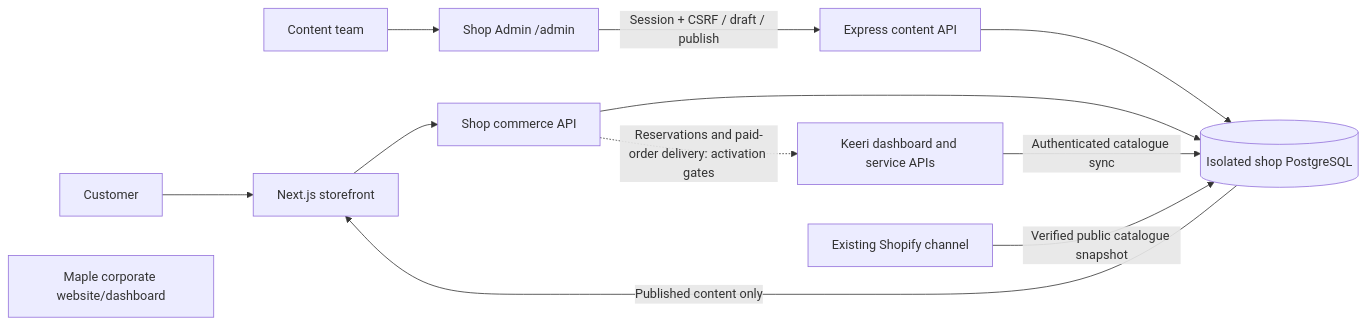
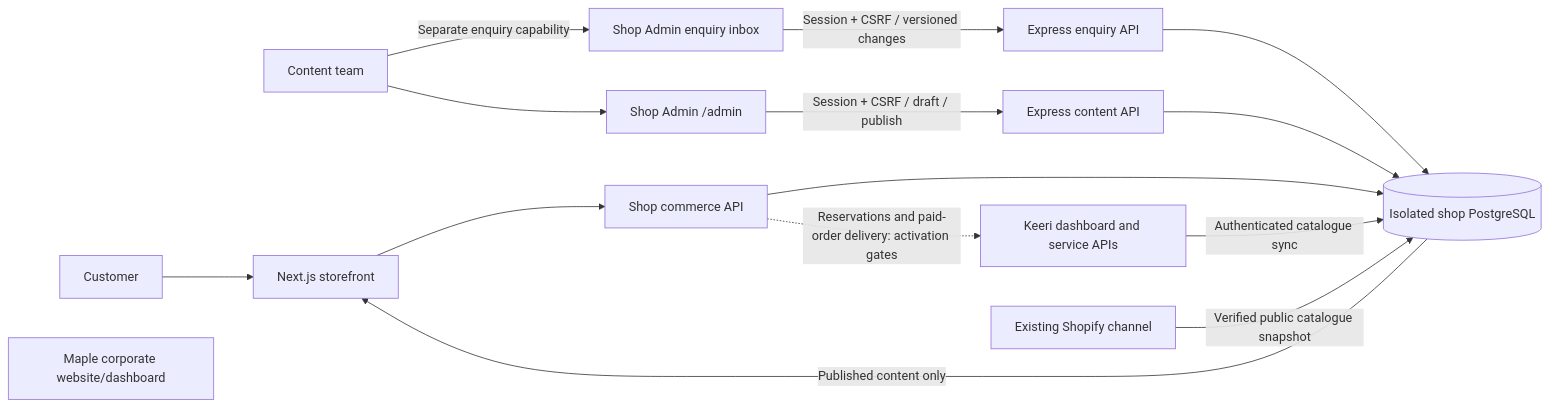
The first of 5 diagrams in docs/architecture.md (maple-studios-co-in/shopmaple), drawn with Mermaid before and after one commit. The commit also changed other lines of this file and 14 other files, not shown here.

````diff
--- a/docs/architecture.md
+++ b/docs/architecture.md
@@ -5,14 +5,17 @@
 ```mermaid
 flowchart LR
   Customer[Customer] --> Web[Next.js storefront]
   Staff[Content team] --> Admin[Shop Admin /admin]
   Admin -->|Session + CSRF / draft / publish| Content[Express content API]
+  Staff -->|Separate enquiry capability| Inbox[Shop Admin enquiry inbox]
+  Inbox -->|Session + CSRF / versioned changes| Enquiries[Express enquiry API]
+  Enquiries --> ShopDB
   Content --> ShopDB[(Isolated shop PostgreSQL)]
   ShopDB -->|Published content only| Web
   Web --> API[Shop commerce API]
   API --> ShopDB
   Keeri[Keeri dashboard and service APIs] -->|Authenticated catalogue sync| ShopDB
   API -. Reservations and paid-order delivery: activation gates .-> Keeri
   Shopify[Existing Shopify channel] -->|Verified public catalogue snapshot| ShopDB
   Maple[Maple corporate website/dashboard]
 ```
````
